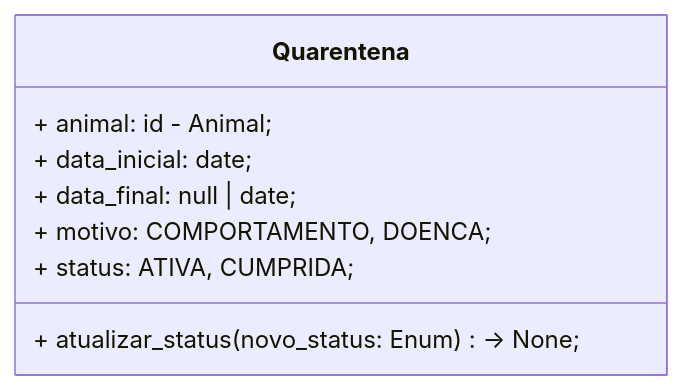
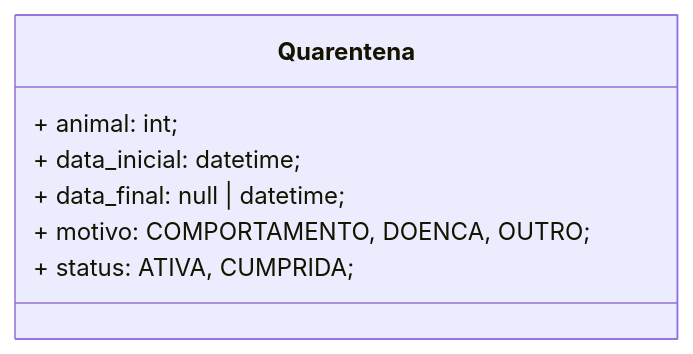
The fifth of 8 diagrams in docs/uml.md (Alisson014/projeto-1-poo-sistema-adocao-animais), drawn with Mermaid before and after one commit. The commit also changed other lines of this file and 2 other files, not shown here.

Commit message:
docs: update documentation to include tests and uml updates

````diff
--- a/docs/uml.md
+++ b/docs/uml.md
@@ -196,11 +197,10 @@
 ```mermaid
 classDiagram
     class Quarentena {
-        + animal: id - Animal;
-        + data_inicial: date;
-        + data_final: null | date;
-        + motivo: COMPORTAMENTO, DOENCA;
+        + animal: int;
+        + data_inicial: datetime;
+        + data_final: null | datetime;
+        + motivo: COMPORTAMENTO, DOENCA, OUTRO;
         + status: ATIVA, CUMPRIDA;
-        + atualizar_status(novo_status: Enum) -> None;
     }
 ```
````
